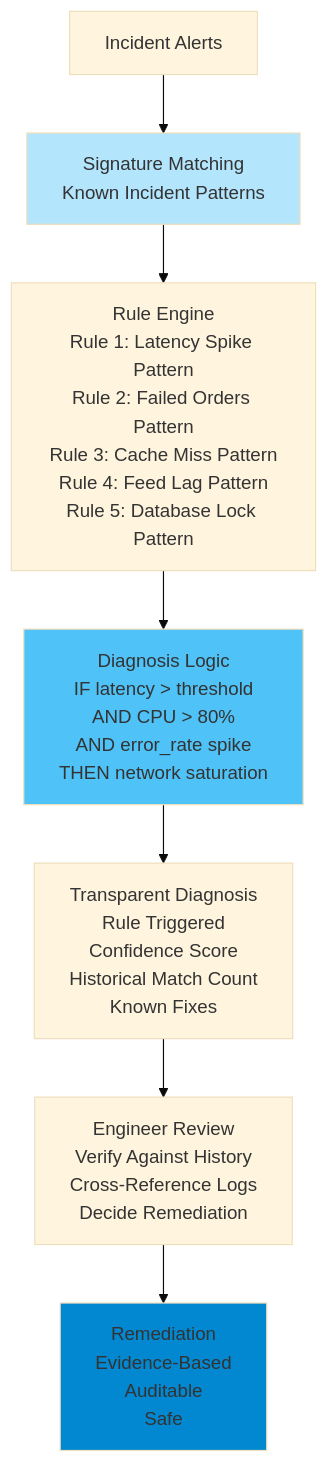
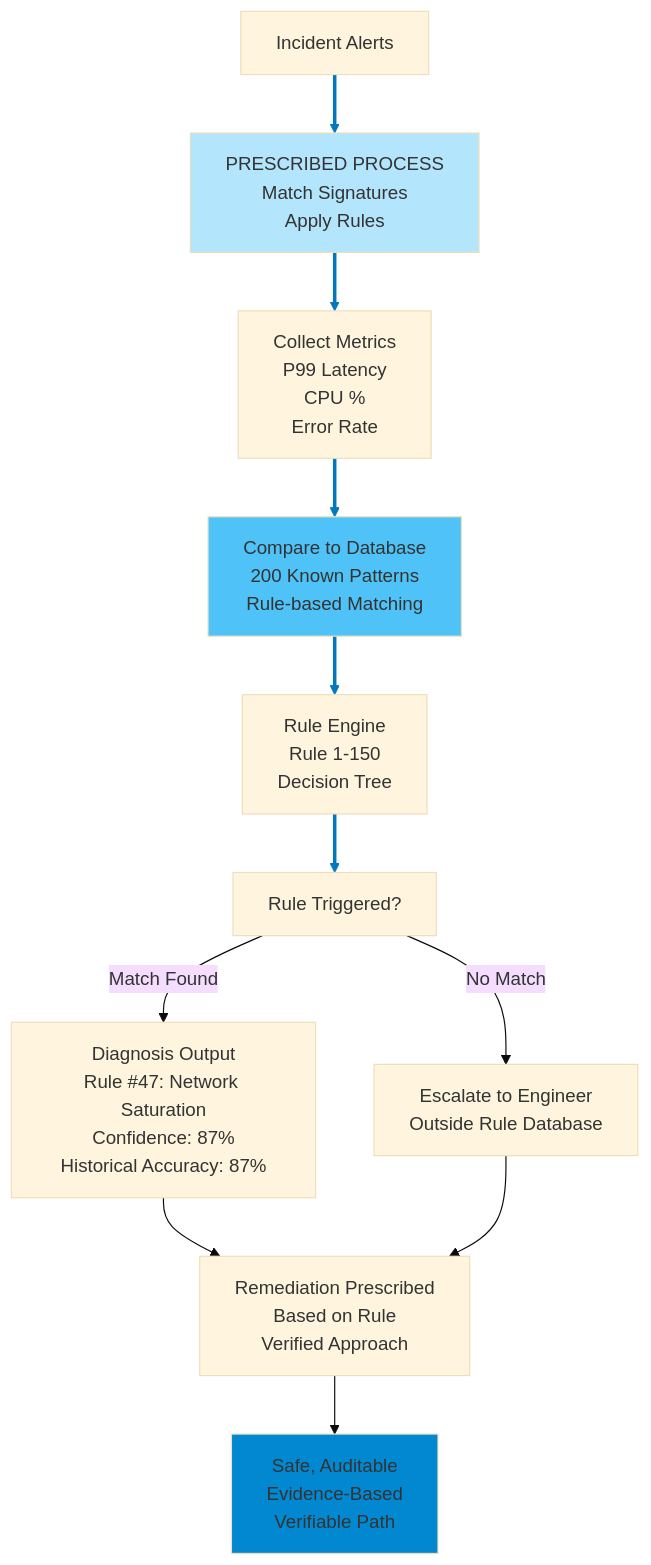
One commit to whatevergeek/agentic_vs_deterministic changed the eighth of 18 diagrams in debate_shortlisted_topics_slide_prep.md. Above: the diagram before and after it, drawn with Mermaid (base theme). The commit also changed other lines of this file, not shown here.

````diff
--- a/debate_shortlisted_topics_slide_prep.md
+++ b/debate_shortlisted_topics_slide_prep.md
@@ -316,13 +340,19 @@
 ```mermaid
 graph TD
-    A["Incident Alerts"] --> B["Signature Matching<br/>Known Incident Patterns"]
-    B --> C["Rule Engine<br/>Rule 1: Latency Spike Pattern<br/>Rule 2: Failed Orders Pattern<br/>Rule 3: Cache Miss Pattern<br/>Rule 4: Feed Lag Pattern<br/>Rule 5: Database Lock Pattern"]
-    C --> D["Diagnosis Logic<br/>IF latency > threshold<br/>AND CPU > 80%<br/>AND error_rate spike<br/>THEN network saturation"]
-    D --> E["Transparent Diagnosis<br/>Rule Triggered<br/>Confidence Score<br/>Historical Match Count<br/>Known Fixes"]
-    E --> F["Engineer Review<br/>Verify Against History<br/>Cross-Reference Logs<br/>Decide Remediation"]
-    F --> G["Remediation<br/>Evidence-Based<br/>Auditable<br/>Safe"]
+    A["Incident Alerts"] --> B["PRESCRIBED PROCESS<br/>Match Signatures<br/>Apply Rules"]
+    B --> C["Collect Metrics<br/>P99 Latency<br/>CPU %<br/>Error Rate"]
+    C --> D["Compare to Database<br/>200 Known Patterns<br/>Rule-based Matching"]
+    D --> E["Rule Engine<br/>Rule 1-150<br/>Decision Tree"]
+    E --> F["Rule Triggered?"]
+    F -->|"Match Found"| G["Diagnosis Output<br/>Rule #47: Network Saturation<br/>Confidence: 87%<br/>Historical Accuracy: 87%"]
+    F -->|"No Match"| H["Escalate to Engineer<br/>Outside Rule Database"]
+    G --> I["Remediation Prescribed<br/>Based on Rule<br/>Verified Approach"]
+    H --> I
+    I --> J["Safe, Auditable<br/>Evidence-Based<br/>Verifiable Path"]
     
     style B fill:#b3e5fc
     style D fill:#4fc3f7
-    style G fill:#0288d1
+    style J fill:#0288d1
+    
+    linkStyle 0,1,2,3,4 stroke:#0277bd,stroke-width:3px
 ```
````
